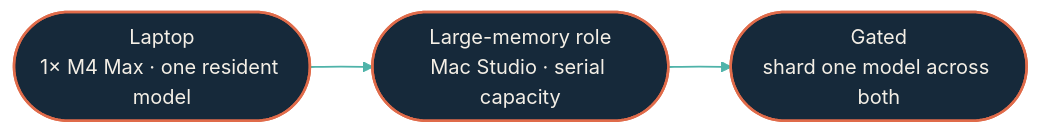
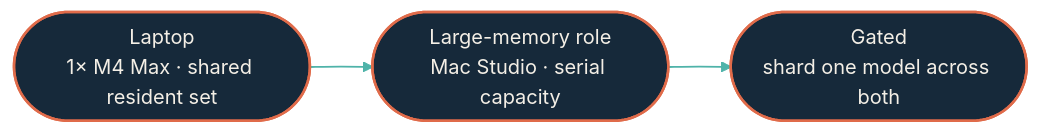
The diagram in local-llm/overview.mdx (dryvist/docs), drawn with Mermaid before and after one commit. The commit also changed other lines of this file and 5 other files, not shown here.

````diff
--- a/local-llm/overview.mdx
+++ b/local-llm/overview.mdx
@@ -52,21 +51,21 @@
 ```mermaid
 %%{init: {"theme":"base","look":"handDrawn","themeVariables":{"primaryColor":"#123a36","primaryTextColor":"#f4efe6","primaryBorderColor":"#4fb3a9","lineColor":"#4fb3a9","secondaryColor":"#0b1d2a","tertiaryColor":"#16293a","clusterBkg":"#08151f","clusterBorder":"#4fb3a9","fontFamily":"'Geist Sans', system-ui, -apple-system, BlinkMacSystemFont, 'Segoe UI', Roboto, sans-serif","fontSize":"14px"}}}%%
 flowchart LR
   classDef src fill:#16293a,stroke:#e06b4a,stroke-width:2px,color:#f4efe6;
   classDef ai fill:#16293a,stroke:#e06b4a,stroke-width:2px,color:#f4efe6;
   classDef gate fill:#16293a,stroke:#e06b4a,stroke-width:2.5px,color:#f4efe6;
   classDef hop fill:#16293a,stroke:#4fb3a9,stroke-width:2px,color:#f4efe6;
   classDef host fill:#16293a,stroke:#4fb3a9,stroke-width:2px,color:#f4efe6;
   classDef sink fill:#16293a,stroke:#f4efe6,stroke-width:2px,color:#f4efe6;
   classDef auto fill:#16293a,stroke:#f4efe6,stroke-width:1.5px,color:#f4efe6;
   classDef external fill:#16293a,stroke:#e6b35a,stroke-width:2px,color:#f4efe6;
-  Laptop([Laptop<br/>1× M4 Max · one resident model])
+  Laptop([Laptop<br/>1× M4 Max · shared resident set])
   Large([Large-memory role<br/>Mac Studio · serial capacity])
   Shard([Gated<br/>shard one model across both])
 
   Laptop --> Large --> Shard
 
   class Laptop,Large,Shard ai
 
   linkStyle default stroke:#4FB3A9,stroke-width:1.5px;
 ```
````
